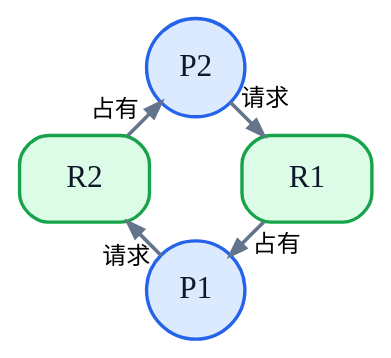
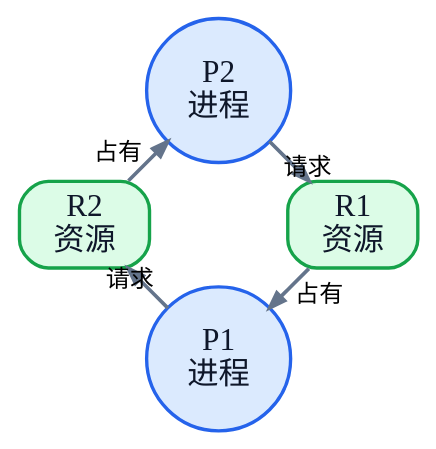
Before and after one commit to 74262195/system-architect-notes: the diagram in 01_综合知识/01_计算机基础知识/02_操作系统/死锁与银行家算法.md, drawn with Graphviz. The commit also changed other lines of this file, not shown here.

Commit message:
补充资源分配图图例与符号说明

````diff
--- a/01_综合知识/01_计算机基础知识/02_操作系统/死锁与银行家算法.md
+++ b/01_综合知识/01_计算机基础知识/02_操作系统/死锁与银行家算法.md
@@ -93,17 +93,17 @@
 ```dot
 digraph ResourceAllocationGraph {
   graph [layout=circo, bgcolor="transparent", pad=0.15, nodesep=0.3, overlap=false]
   node [fontname="PingFang SC", fontsize=13, style="filled", penwidth=1.4, color="#334155", fontcolor="#0F172A"]
   edge [fontname="PingFang SC", fontsize=10, color="#64748B", penwidth=1.5, arrowsize=0.65]
 
-  P1 [label="P1", shape=circle, fillcolor="#DBEAFE", color="#2563EB"]
-  P2 [label="P2", shape=circle, fillcolor="#DBEAFE", color="#2563EB"]
-  R1 [label="R1", shape=box, style="rounded,filled", fillcolor="#DCFCE7", color="#16A34A"]
-  R2 [label="R2", shape=box, style="rounded,filled", fillcolor="#DCFCE7", color="#16A34A"]
+  P1 [label="P1\n进程", shape=circle, fillcolor="#DBEAFE", color="#2563EB"]
+  P2 [label="P2\n进程", shape=circle, fillcolor="#DBEAFE", color="#2563EB"]
+  R1 [label="R1\n资源", shape=box, style="rounded,filled", fillcolor="#DCFCE7", color="#16A34A"]
+  R2 [label="R2\n资源", shape=box, style="rounded,filled", fillcolor="#DCFCE7", color="#16A34A"]
 
   P1 -> R2 [label="请求"]
   R2 -> P2 [label="占有"]
   P2 -> R1 [label="请求"]
   R1 -> P1 [label="占有"]
 }
 ```
````
